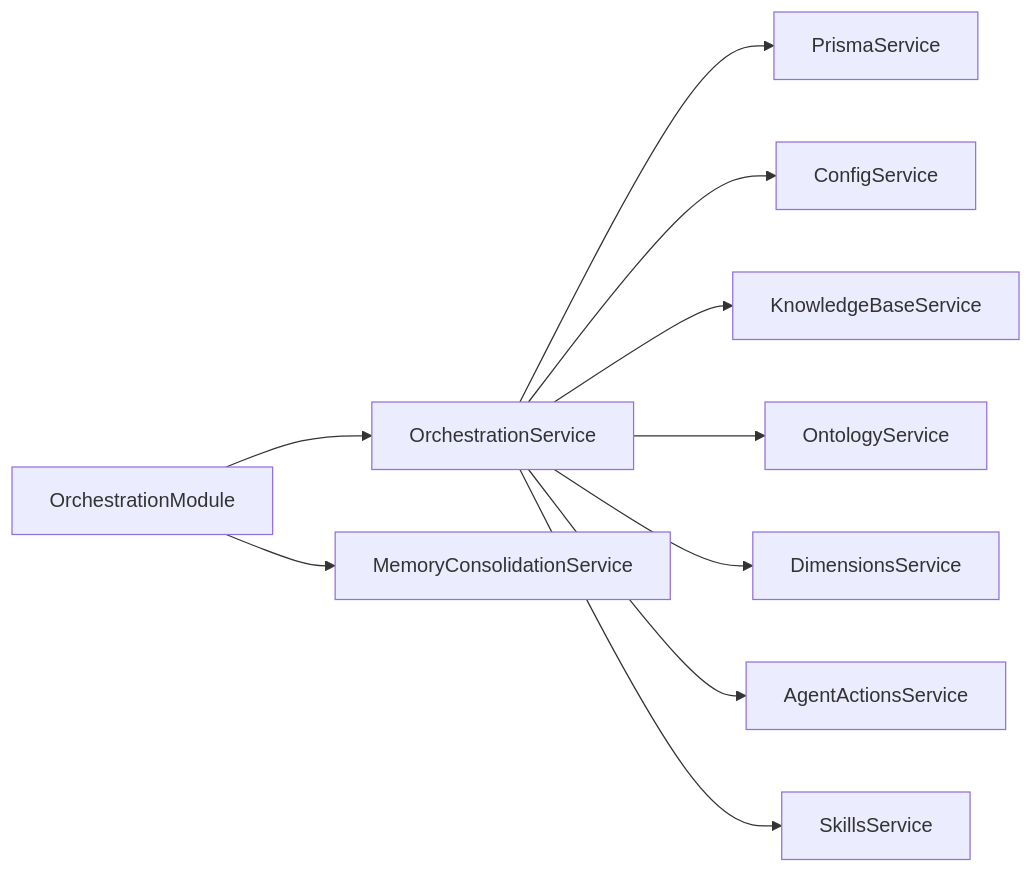
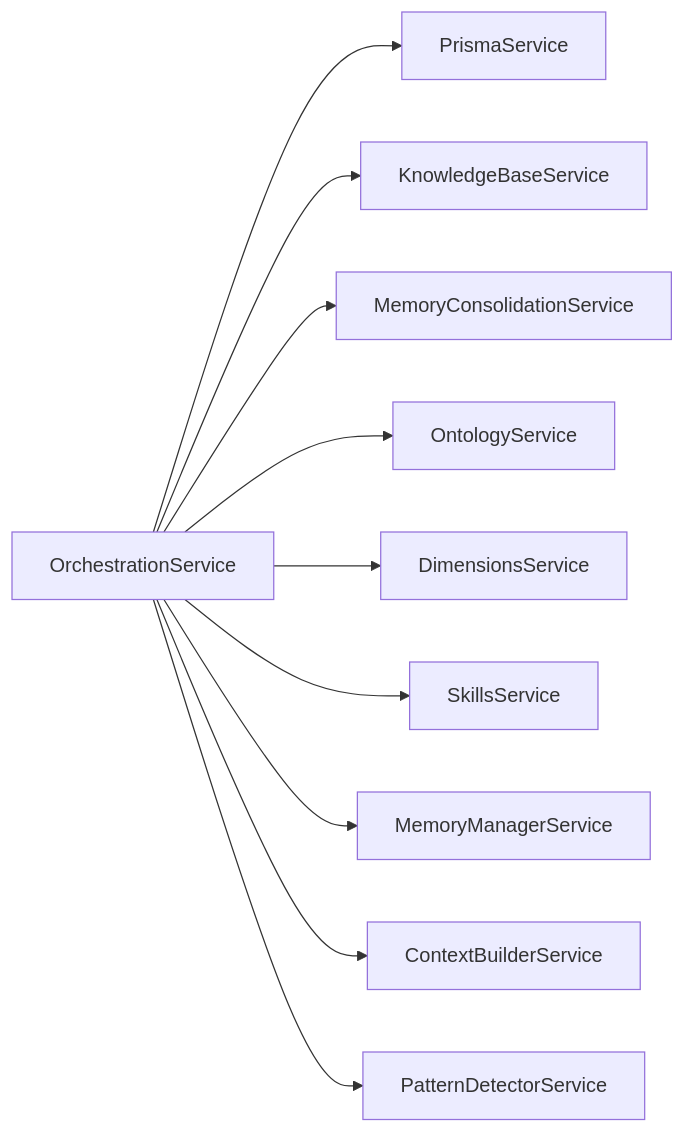
The ninth of 9 diagrams in .qoder/repowiki/en/content/Core Features/Thought & Memory System/Persona Orchestration Engine.md (statgod6/4ever), drawn with Mermaid before and after one commit. The commit also changed other lines of this file and 116 other files, not shown here.

````diff
--- a/.qoder/repowiki/en/content/Core Features/Thought & Memory System/Persona Orchestration Engine.md
+++ b/.qoder/repowiki/en/content/Core Features/Thought & Memory System/Persona Orchestration Engine.md
@@ -305,12 +335,12 @@
 ```mermaid
 graph LR
-OM["OrchestrationModule"] --> OS["OrchestrationService"]
-OM --> MCS["MemoryConsolidationService"]
-OS --> PRISMA["PrismaService"]
-OS --> CFG["ConfigService"]
+OS["OrchestrationService"] --> PRISMA["PrismaService"]
 OS --> KBS["KnowledgeBaseService"]
-OS --> ONS["OntologyService"]
+OS --> MCS["MemoryConsolidationService"]
+OS --> ONT["OntologyService"]
 OS --> DIM["DimensionsService"]
-OS --> AAS["AgentActionsService"]
-OS --> SKS["SkillsService"]
+OS --> SK["SkillsService"]
+OS --> MM["MemoryManagerService"]
+OS --> CB["ContextBuilderService"]
+OS --> PD["PatternDetectorService"]
 ```
````
